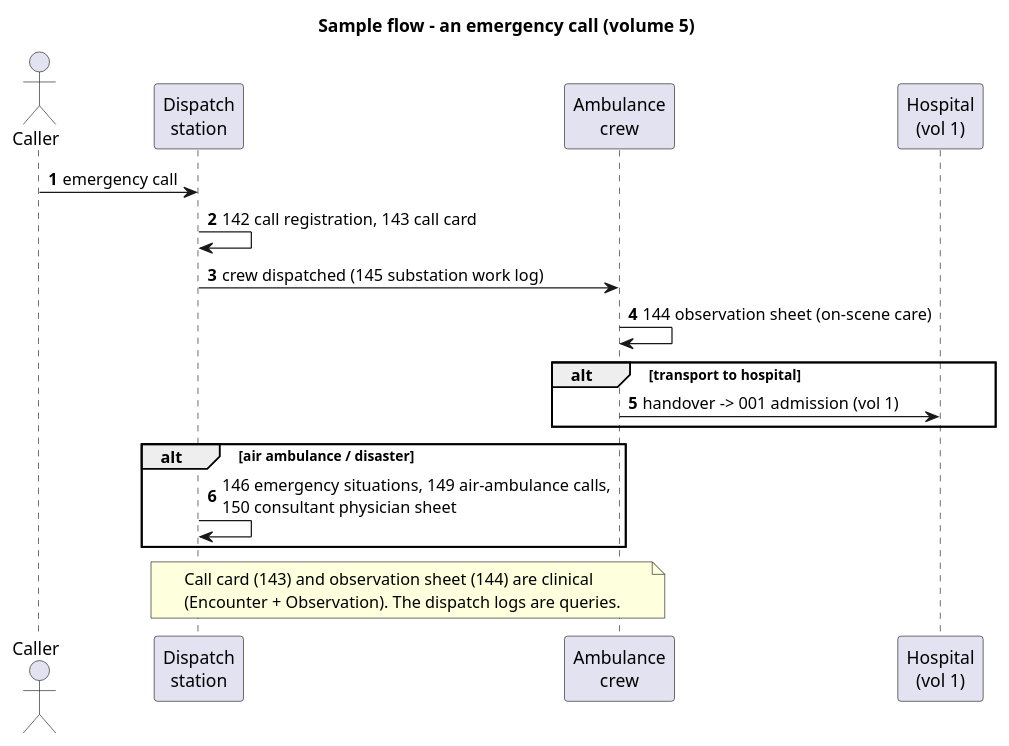
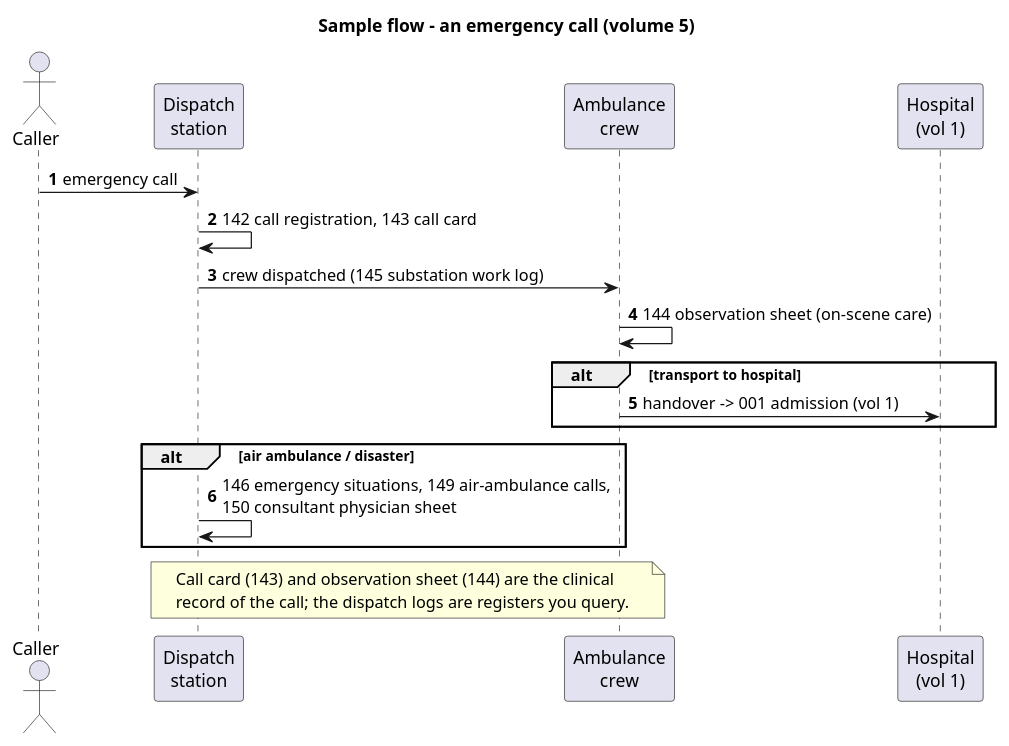
Before and after one commit to uzinfocom-org/digital-health-integration: the diagram in input/images-source/forms-vol05-flow.plantuml, drawn with PlantUML. The commit also changed 12 other files, not shown here.

Commit message:
strip FHIR mappings from volume diagrams

```diff
--- a/input/images-source/forms-vol05-flow.plantuml
+++ b/input/images-source/forms-vol05-flow.plantuml
@@ -1,25 +1,25 @@
 @startuml forms-vol05-flow
 title Sample flow - an emergency call (volume 5)
 autonumber
 
 actor Caller as C
 participant "Dispatch\nstation" as DISP
 participant "Ambulance\ncrew" as CREW
 participant "Hospital\n(vol 1)" as H
 
 C -> DISP : emergency call
 DISP -> DISP : 142 call registration, 143 call card
 DISP -> CREW : crew dispatched (145 substation work log)
 CREW -> CREW : 144 observation sheet (on-scene care)
 alt transport to hospital
   CREW -> H : handover -> 001 admission (vol 1)
 end
 alt air ambulance / disaster
   DISP -> DISP : 146 emergency situations, 149 air-ambulance calls,\n150 consultant physician sheet
 end
 
 note over DISP, CREW
-  Call card (143) and observation sheet (144) are clinical
-  (Encounter + Observation). The dispatch logs are queries.
+  Call card (143) and observation sheet (144) are the clinical
+  record of the call; the dispatch logs are registers you query.
 end note
 @enduml
```
